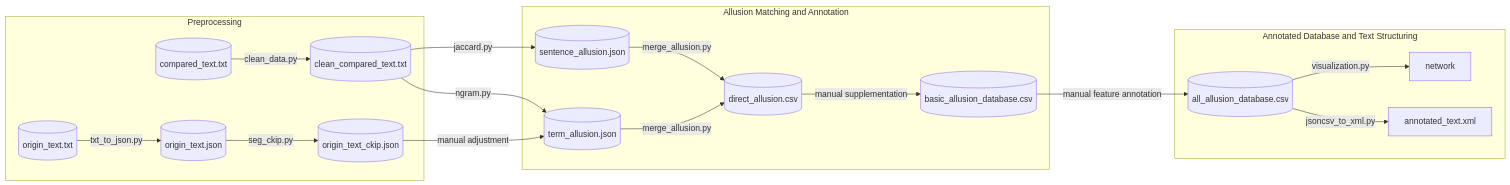
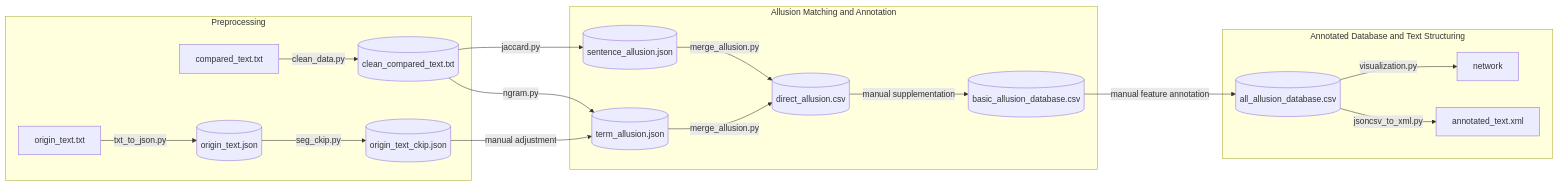
One commit to Taoyi-Chiang/lufu_allusion changed the diagram in README.md. Above: the diagram before and after it, drawn with Mermaid.

````diff
--- a/README.md
+++ b/README.md
@@ -3,40 +3,40 @@
 ```mermaid
 graph LR
     %% 定義各個節點
-    A1[(origin_text.txt)]
-    A2[(compared_text.txt)]
+    A1["origin_text.txt"]
+    A2["compared_text.txt"]
     A3[(clean_compared_text.txt)]
     B1[(origin_text.json)]
     B2[(origin_text_ckip.json)]
     C1[(sentence_allusion.json)]
     C2[(term_allusion.json)]
     D1[(direct_allusion.csv)]
     E1[(basic_allusion_database.csv)]
     E2[(all_allusion_database.csv)]
     F1[network]
     F2[annotated_text.xml]
 
     %% 前處理階段
     subgraph Preprocessing
         A1-->|txt_to_json.py|B1
         B1-->|seg_ckip.py|B2
         A2-->|clean_data.py|A3
     end
 
     %% 比對階段
     subgraph Allusion Matching and Annotation
         B2-->|manual adjustment|C2
         A3-->|jaccard.py|C1
         A3-->|ngram.py|C2
         C1-->|merge_allusion.py|D1
         C2-->|merge_allusion.py|D1
         D1-->|manual supplementation|E1
     end
 
     %% 標記與結構化階段
     subgraph Annotated Database and Text Structuring
         E1-->|manual feature annotation|E2
         E2-->|visualization.py|F1
         E2-->|jsoncsv_to_xml.py|F2
     end
 ```
````
